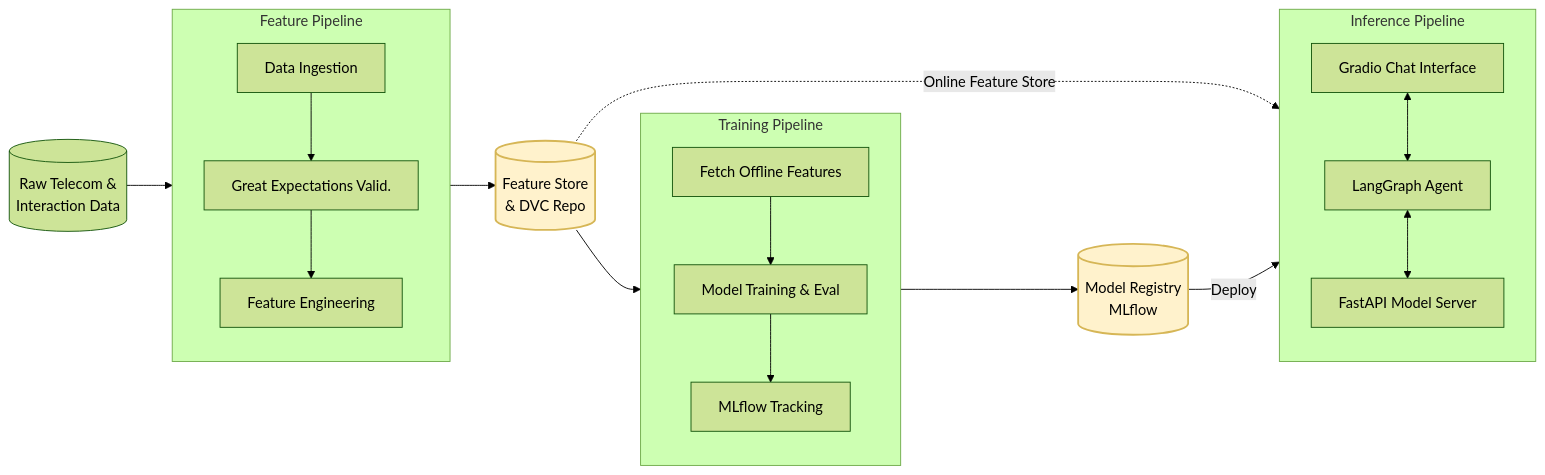
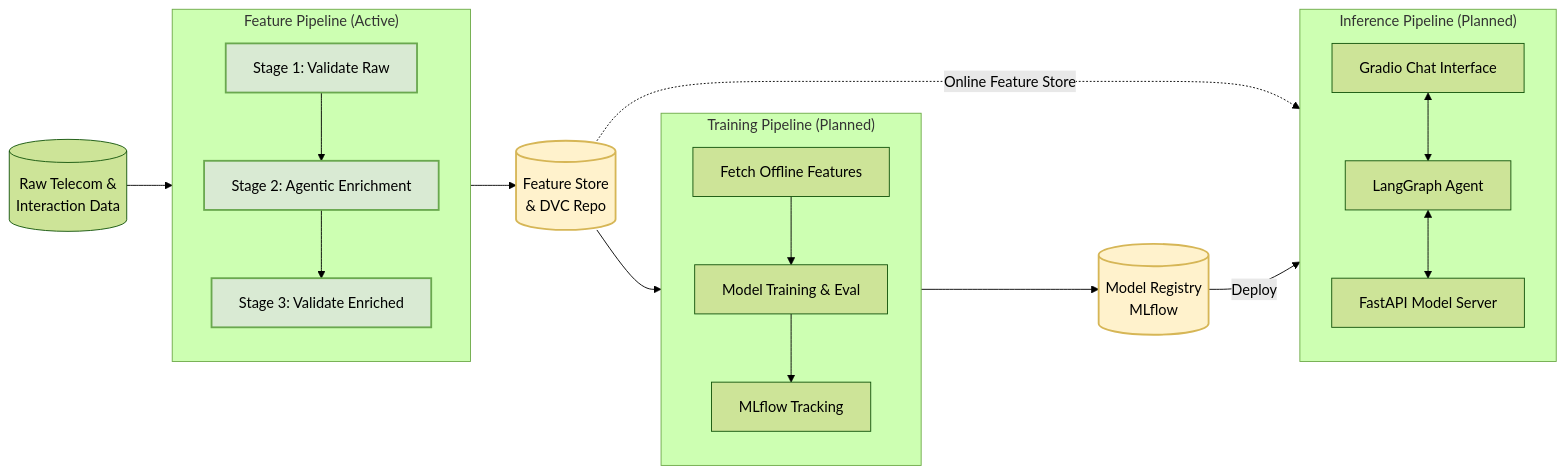
One commit to SebastianGarrido2790/ai-ml-telecom-customer-churn changed the second of 2 diagrams in reports/docs/architecture/architecture.md. Above: the diagram before and after it, drawn with Mermaid (forest theme). The commit also changed other lines of this file and 46 other files, not shown here.

Commit message:
docs: architecture and runbook reports; refactor: move enrichment to components and update dvc pipeline

````diff
--- a/reports/docs/architecture/architecture.md
+++ b/reports/docs/architecture/architecture.md
@@ -72,42 +85,43 @@
 ```mermaid
 flowchart LR
     classDef pipeline fill:#e8ebf7,stroke:#6673af,stroke-width:2px,color:#000;
     classDef registry fill:#fff2cc,stroke:#d6b656,stroke-width:2px,color:#000;
+    classDef active fill:#d9ead3,stroke:#6aa84f,stroke-width:2px,color:#000;
 
-    RawData[(Raw Telecom & \nInteraction Data)]
-    
-    subgraph FP ["Feature Pipeline"]
+    RawData[(Raw Telecom &\nInteraction Data)]
+
+    subgraph FP ["Feature Pipeline (Active)"]
         direction TB
-        Ingestion[Data Ingestion]
-        Validation[Great Expectations Valid.]
-        Transform[Feature Engineering]
-        Ingestion --> Validation --> Transform
+        S1[Stage 1: Validate Raw]:::active
+        S2[Stage 2: Agentic Enrichment]:::active
+        S3[Stage 3: Validate Enriched]:::active
+        S1 --> S2 --> S3
     end
-    
-    FeatureStore[(Feature Store <br/>& DVC Repo)]:::registry
-    
-    subgraph TP ["Training Pipeline"]
+
+    FeatureStore[(Feature Store\n& DVC Repo)]:::registry
+
+    subgraph TP ["Training Pipeline (Planned)"]
         direction TB
         FetchFeatures[Fetch Offline Features]
         Train[Model Training & Eval]
         MLflowTracker[MLflow Tracking]
         FetchFeatures --> Train --> MLflowTracker
     end
-    
-    ModelRegistry[(Model Registry <br/>MLflow)]:::registry
-    
-    subgraph IP ["Inference Pipeline"]
+
+    ModelRegistry[(Model Registry\nMLflow)]:::registry
+
+    subgraph IP ["Inference Pipeline (Planned)"]
         direction TB
         Agent[LangGraph Agent]
         API[FastAPI Model Server]
         UX[Gradio Chat Interface]
         UX <--> Agent <--> API
     end
 
     RawData --> FP
     FP --> FeatureStore
     FeatureStore --> TP
     FeatureStore -.->|Online Feature Store| API
     TP --> ModelRegistry
     ModelRegistry -->|Deploy| API
 ```
````
